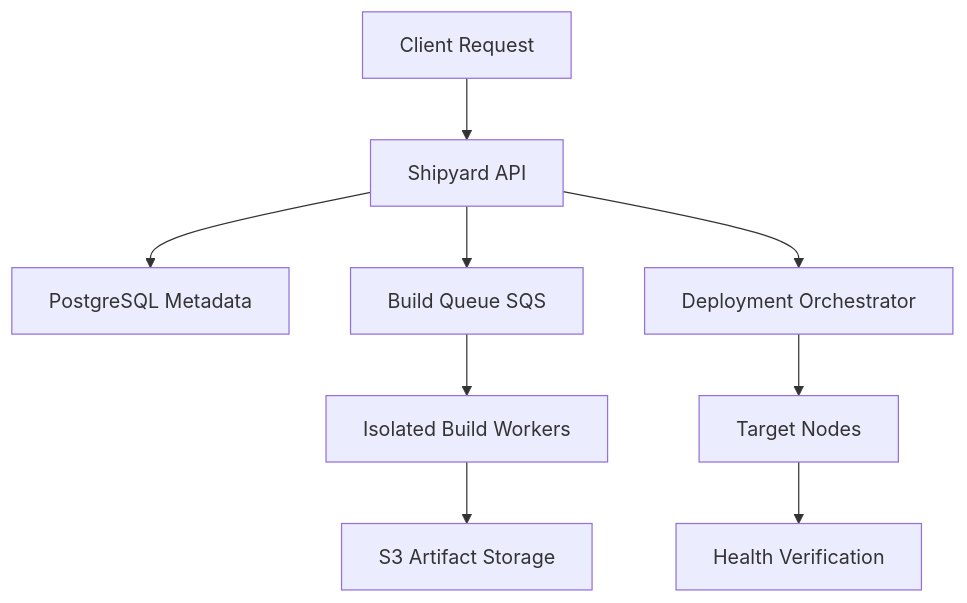
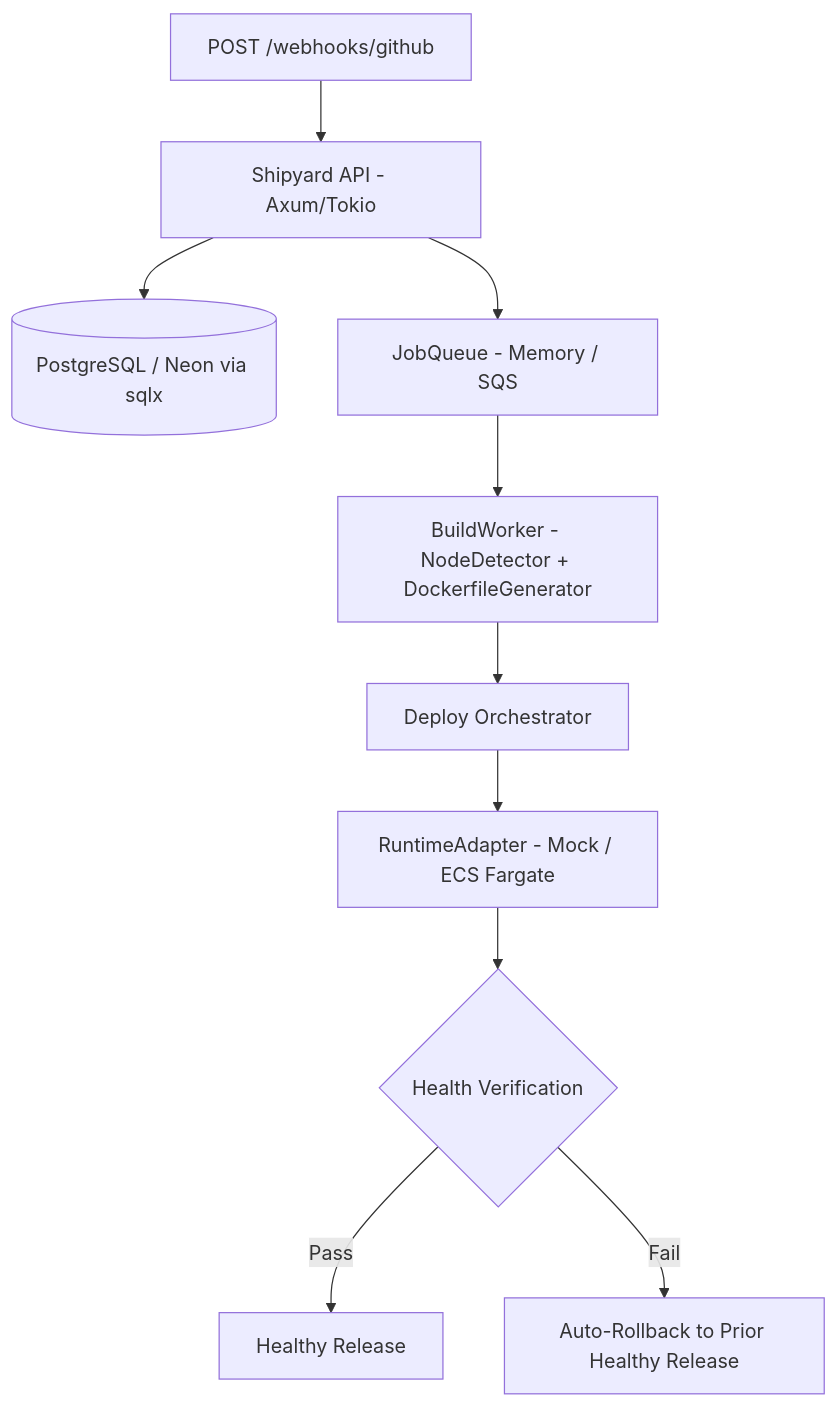
One commit to AryanSharma48/shipyard changed the second of 2 diagrams in README.md. Above: the diagram before and after it, drawn with Mermaid. The commit also changed other lines of this file and 6 other files, not shown here.

Commit message:
feat(api): wire health-check gating, automatic rollback, and rollback endpoint

````diff
--- a/README.md
+++ b/README.md
@@ -26,11 +27,12 @@
 ```mermaid
 flowchart TD
-    A[Client Request] --> B[Shipyard API]
-    B --> C[PostgreSQL Metadata]
-    B --> D[Build Queue SQS]
-    D --> E[Isolated Build Workers]
-    E --> F[S3 Artifact Storage]
-    B --> G[Deployment Orchestrator]
-    G --> H[Target Nodes]
-    H --> I[Health Verification]
+    Webhook[POST /webhooks/github] --> API[Shipyard API - Axum/Tokio]
+    API --> PG[(PostgreSQL / Neon via sqlx)]
+    API --> Queue[JobQueue - Memory / SQS]
+    Queue --> Worker[BuildWorker - NodeDetector + DockerfileGenerator]
+    Worker --> Orch[Deploy Orchestrator]
+    Orch --> Adapter[RuntimeAdapter - Mock / ECS Fargate]
+    Adapter --> Gate{Health Verification}
+    Gate -->|Pass| Healthy[Healthy Release]
+    Gate -->|Fail| AutoRB[Auto-Rollback to Prior Healthy Release]
 ```
````
